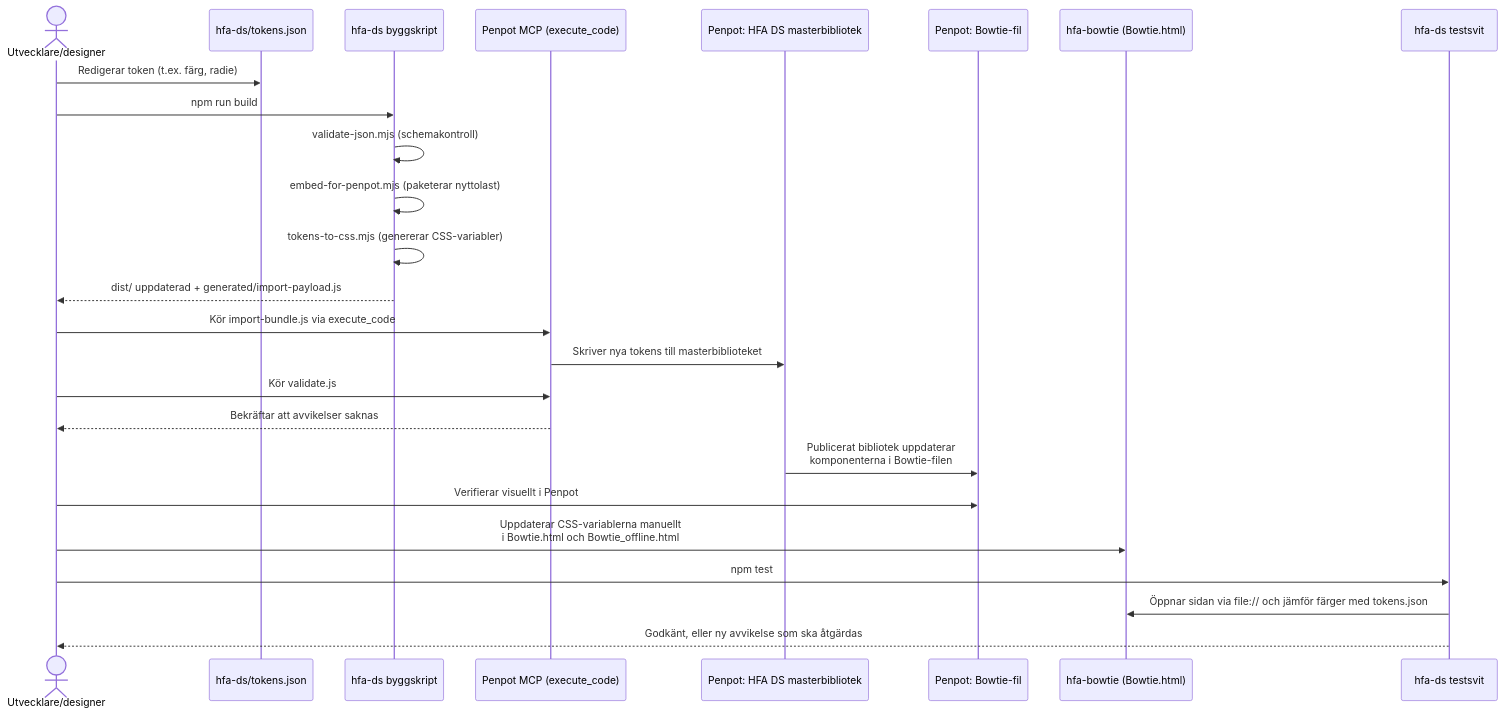
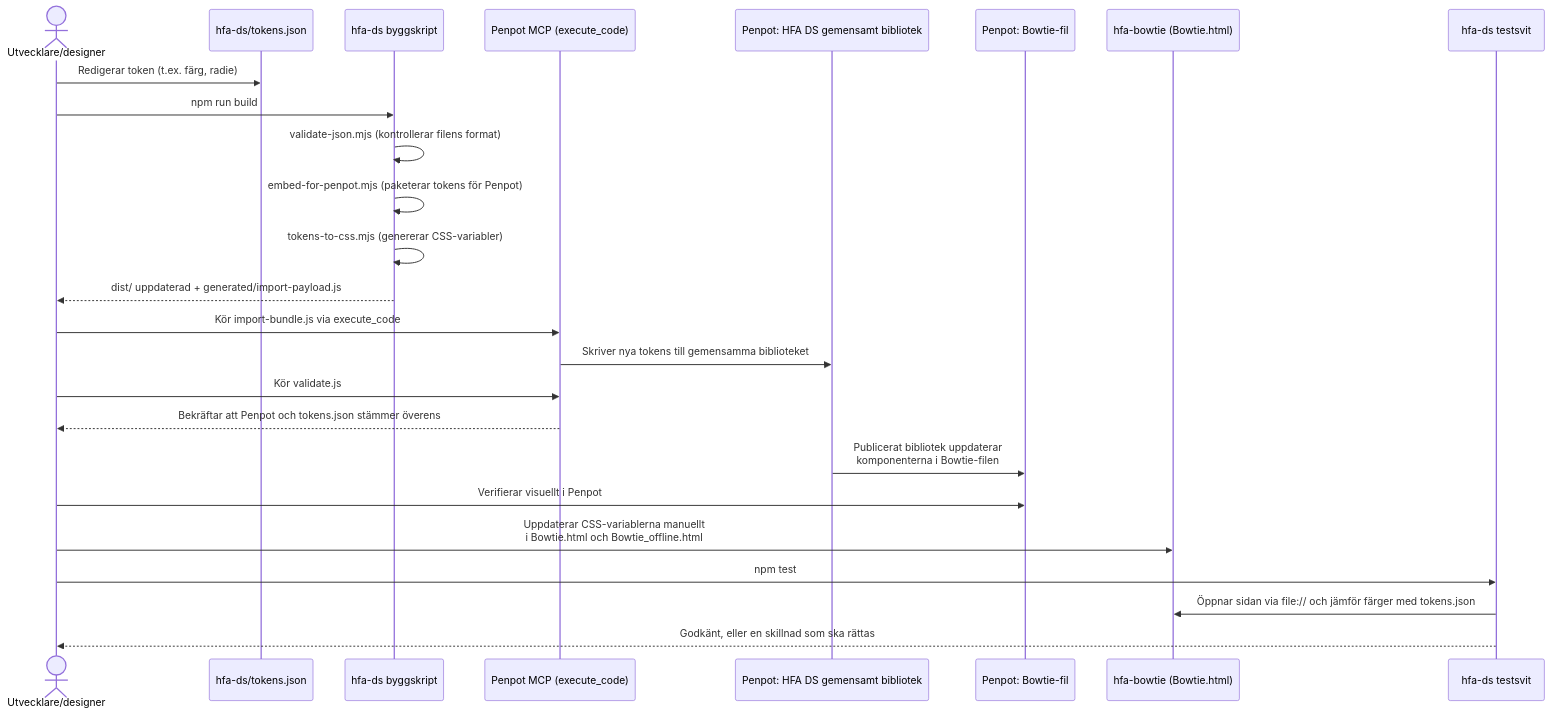
The second of 3 diagrams in arkitektur.md (larswpettersson/hfa-ds), drawn with Mermaid before and after one commit. The commit also changed other lines of this file and 1 other file, not shown here.

First line of the commit message:
Docs: plainer wording in the architecture documents

````diff
--- a/arkitektur.md
+++ b/arkitektur.md
@@ -143,31 +143,31 @@
 ```mermaid
 sequenceDiagram
     actor Dev as Utvecklare/designer
     participant Tokens as hfa-ds/tokens.json
     participant Build as hfa-ds byggskript
     participant MCP as Penpot MCP (execute_code)
-    participant Master as Penpot: HFA DS masterbibliotek
+    participant Master as Penpot: HFA DS gemensamt bibliotek
     participant AppFile as Penpot: Bowtie-fil
     participant Repo as hfa-bowtie (Bowtie.html)
     participant Test as hfa-ds testsvit
 
     Dev->>Tokens: Redigerar token (t.ex. färg, radie)
     Dev->>Build: npm run build
-    Build->>Build: validate-json.mjs (schemakontroll)
-    Build->>Build: embed-for-penpot.mjs (paketerar nyttolast)
+    Build->>Build: validate-json.mjs (kontrollerar filens format)
+    Build->>Build: embed-for-penpot.mjs (paketerar tokens för Penpot)
     Build->>Build: tokens-to-css.mjs (genererar CSS-variabler)
     Build-->>Dev: dist/ uppdaterad + generated/import-payload.js
 
     Dev->>MCP: Kör import-bundle.js via execute_code
-    MCP->>Master: Skriver nya tokens till masterbiblioteket
+    MCP->>Master: Skriver nya tokens till gemensamma biblioteket
     Dev->>MCP: Kör validate.js
-    MCP-->>Dev: Bekräftar att avvikelser saknas
+    MCP-->>Dev: Bekräftar att Penpot och tokens.json stämmer överens
 
     Master->>AppFile: Publicerat bibliotek uppdaterar<br/>komponenterna i Bowtie-filen
     Dev->>AppFile: Verifierar visuellt i Penpot
 
     Dev->>Repo: Uppdaterar CSS-variablerna manuellt<br/>i Bowtie.html och Bowtie_offline.html
     Dev->>Test: npm test
     Test->>Repo: Öppnar sidan via file:// och jämför färger med tokens.json
-    Test-->>Dev: Godkänt, eller ny avvikelse som ska åtgärdas
+    Test-->>Dev: Godkänt, eller en skillnad som ska rättas
 ```
````
